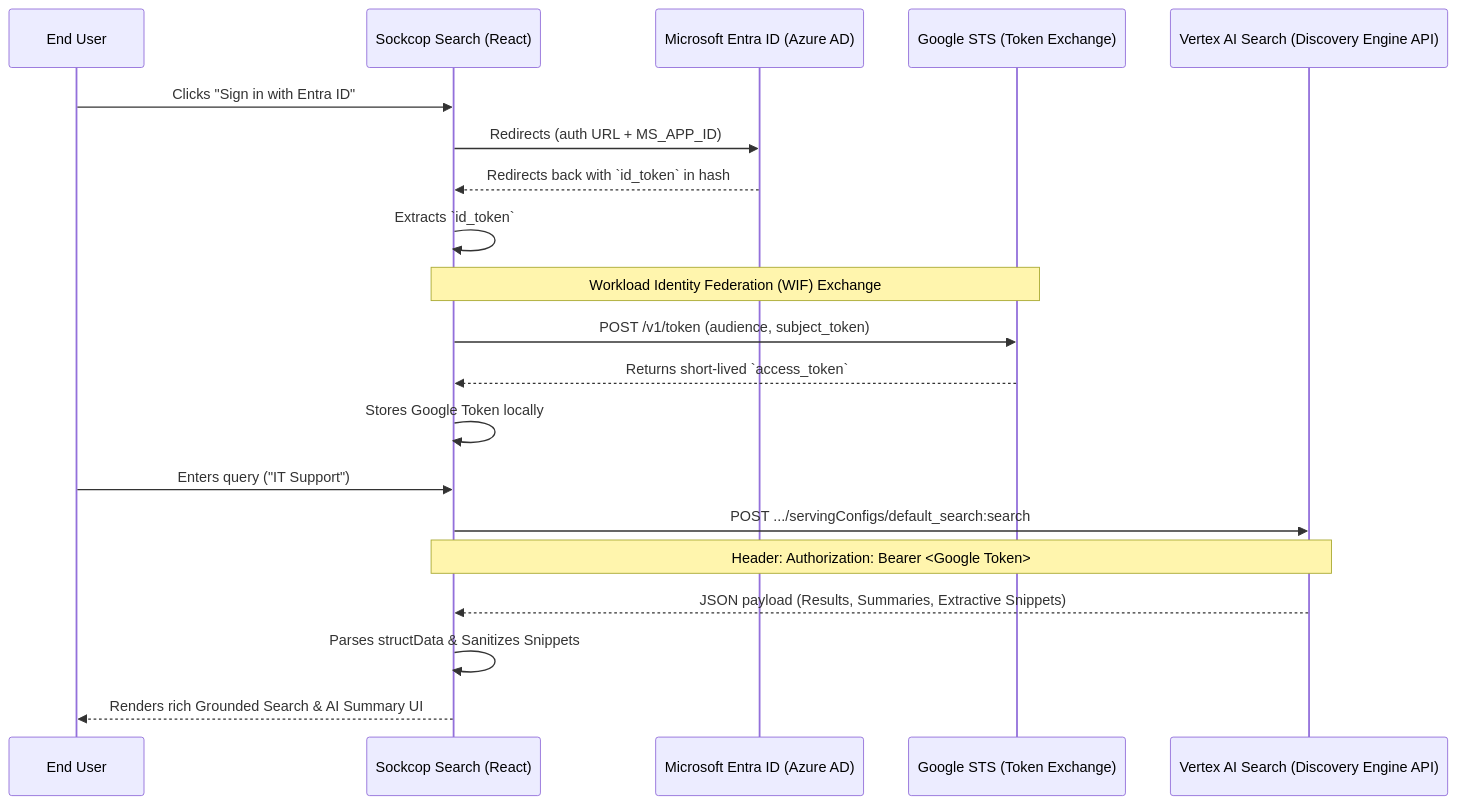
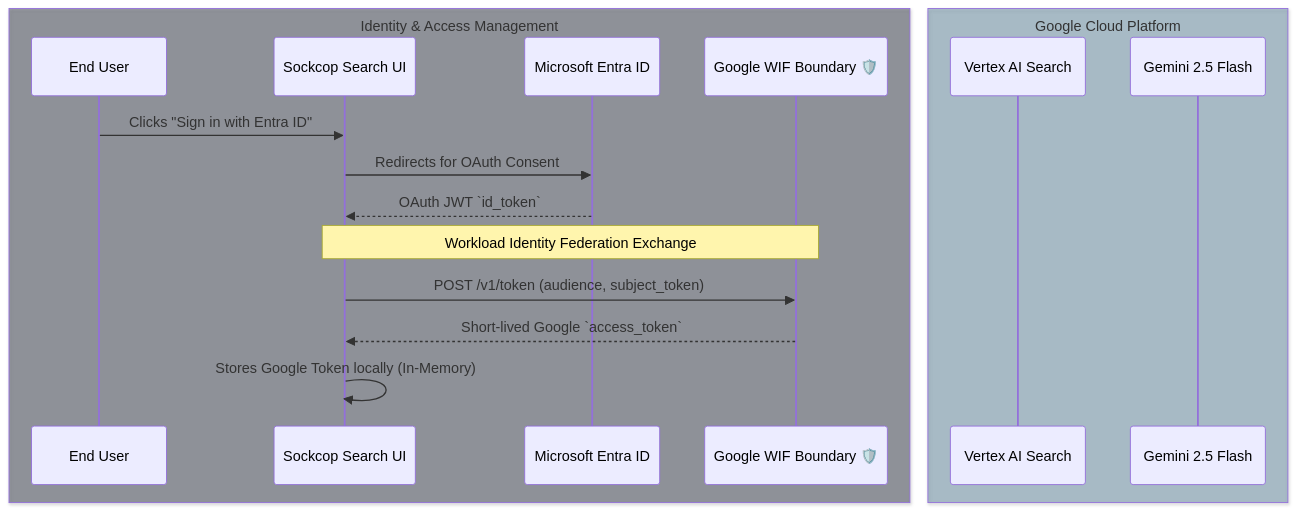
Before and after one commit to jchavezar/vertex-ai-samples: the first of 2 diagrams in antigravity/sockcop_search/README.md, drawn with Mermaid. The commit also changed other lines of this file and 3 other files, not shown here.

First line of the commit message:
feat(sockcop_search): Implement Gemini RAG Fallback and add architectural diagram

````diff
--- a/antigravity/sockcop_search/README.md
+++ b/antigravity/sockcop_search/README.md
@@ -9,26 +11,22 @@
 ```mermaid
 sequenceDiagram
-    participant User as End User
-    participant Frontend as Sockcop Search (React)
-    participant EntraID as Microsoft Entra ID (Azure AD)
-    participant GoogleSTS as Google STS (Token Exchange)
-    participant VertexAI as Vertex AI Search (Discovery Engine API)
+    box rgba(15, 23, 42, 0.4) Identity & Access Management
+        participant User as End User
+        participant Frontend as Sockcop Search UI
+        participant EntraID as Microsoft Entra ID
+        participant WIF as Google WIF Boundary 🛡️
+    end
+    box rgba(12, 74, 110, 0.3) Google Cloud Platform
+        participant VertexAI as Vertex AI Search
+        participant Gemini as Gemini 2.5 Flash
+    end
     
     User->>Frontend: Clicks "Sign in with Entra ID"
-    Frontend->>EntraID: Redirects (auth URL + MS_APP_ID)
-    EntraID-->>Frontend: Redirects back with `id_token` in hash
-    Frontend->>Frontend: Extracts `id_token`
+    Frontend->>EntraID: Redirects for OAuth Consent
+    EntraID-->>Frontend: OAuth JWT `id_token`
     
-    Note over Frontend,GoogleSTS: Workload Identity Federation (WIF) Exchange
-    Frontend->>GoogleSTS: POST /v1/token (audience, subject_token)
-    GoogleSTS-->>Frontend: Returns short-lived `access_token`
-    Frontend->>Frontend: Stores Google Token locally
-    
-    User->>Frontend: Enters query ("IT Support")
-    Frontend->>VertexAI: POST .../servingConfigs/default_search:search
-    Note over Frontend,VertexAI: Header: Authorization: Bearer <Google Token>
-    VertexAI-->>Frontend: JSON payload (Results, Summaries, Extractive Snippets)
-    
-    Frontend->>Frontend: Parses structData & Sanitizes Snippets
-    Frontend-->>User: Renders rich Grounded Search & AI Summary UI
+    note over Frontend,WIF: Workload Identity Federation Exchange
+    Frontend->>WIF: POST /v1/token (audience, subject_token)
+    WIF-->>Frontend: Short-lived Google `access_token`
+    Frontend->>Frontend: Stores Google Token locally (In-Memory)
 ```
````
